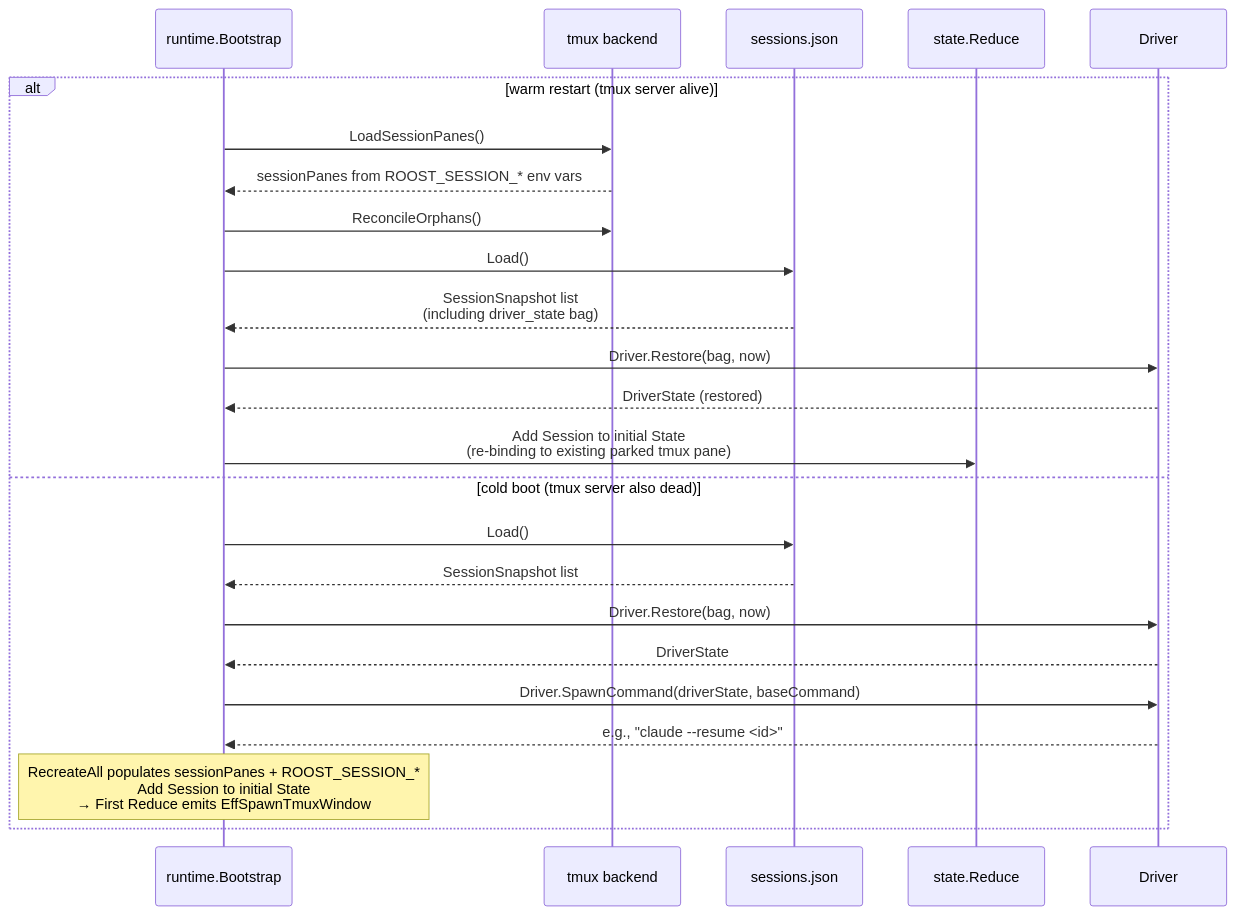
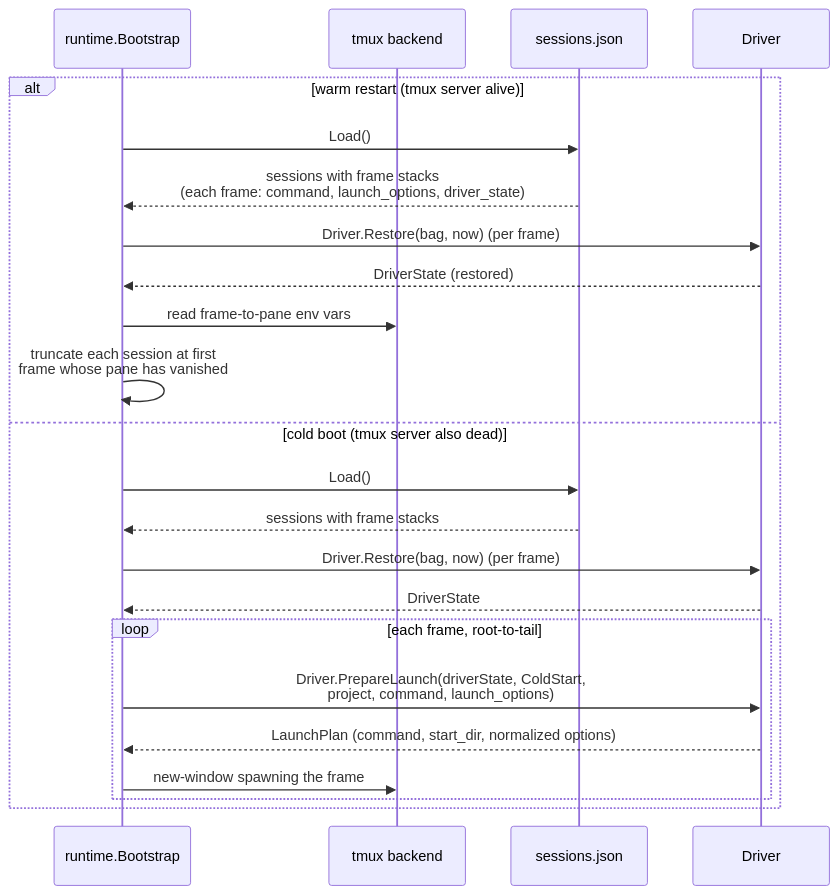
The third of 3 diagrams in docs/state-monitoring.md (takezoh/agent-roost), drawn with Mermaid before and after one commit. The commit also changed other lines of this file and 31 other files, not shown here.

First line of the commit message:
Introduce session driver stack with per-frame lifecycle

````diff
--- a/docs/state-monitoring.md
+++ b/docs/state-monitoring.md
@@ -120,27 +124,26 @@
 ```mermaid
 sequenceDiagram
     participant Boot as runtime.Bootstrap
     participant Tmux as tmux backend
     participant JSON as sessions.json
-    participant Red as state.Reduce
     participant Drv as Driver
 
     alt warm restart (tmux server alive)
-        Boot->>Tmux: LoadSessionPanes()
-        Tmux-->>Boot: sessionPanes from ROOST_SESSION_* env vars
-        Boot->>Tmux: ReconcileOrphans()
         Boot->>JSON: Load()
-        JSON-->>Boot: SessionSnapshot list<br/>(including driver_state bag)
-        Boot->>Drv: Driver.Restore(bag, now)
+        JSON-->>Boot: sessions with frame stacks<br/>(each frame: command, launch_options, driver_state)
+        Boot->>Drv: Driver.Restore(bag, now) (per frame)
         Drv-->>Boot: DriverState (restored)
-        Boot->>Red: Add Session to initial State<br/>(re-binding to existing parked tmux pane)
+        Boot->>Tmux: read frame-to-pane env vars
+        Boot->>Boot: truncate each session at first<br/>frame whose pane has vanished
     else cold boot (tmux server also dead)
         Boot->>JSON: Load()
-        JSON-->>Boot: SessionSnapshot list
-        Boot->>Drv: Driver.Restore(bag, now)
+        JSON-->>Boot: sessions with frame stacks
+        Boot->>Drv: Driver.Restore(bag, now) (per frame)
         Drv-->>Boot: DriverState
-        Boot->>Drv: Driver.SpawnCommand(driverState, baseCommand)
-        Drv-->>Boot: e.g., "claude --resume <id>"
-        Note over Boot: RecreateAll populates sessionPanes + ROOST_SESSION_*<br/>Add Session to initial State<br/>→ First Reduce emits EffSpawnTmuxWindow
+        loop each frame, root-to-tail
+            Boot->>Drv: Driver.PrepareLaunch(driverState, ColdStart,<br/>project, command, launch_options)
+            Drv-->>Boot: LaunchPlan (command, start_dir, normalized options)
+            Boot->>Tmux: new-window spawning the frame
+        end
     end
 ```
````
